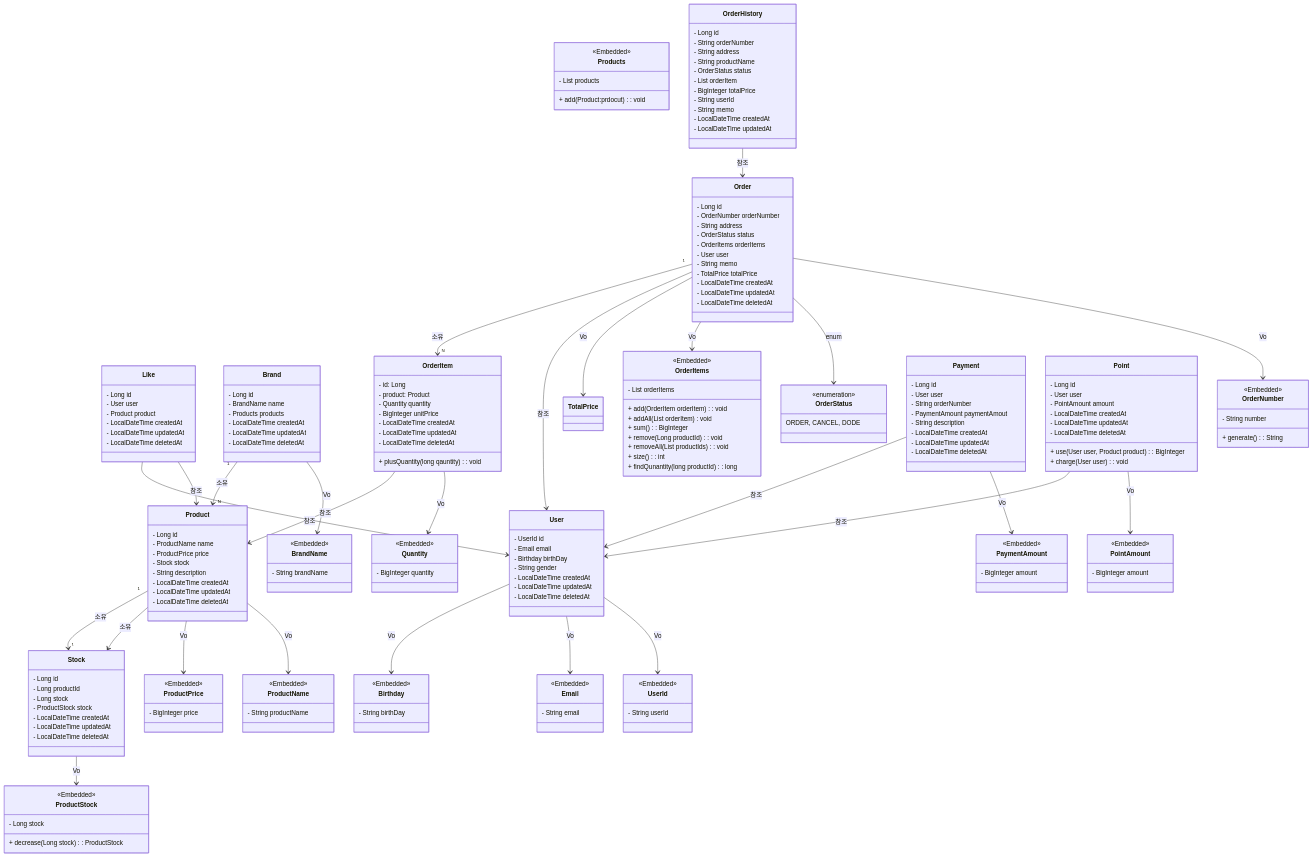
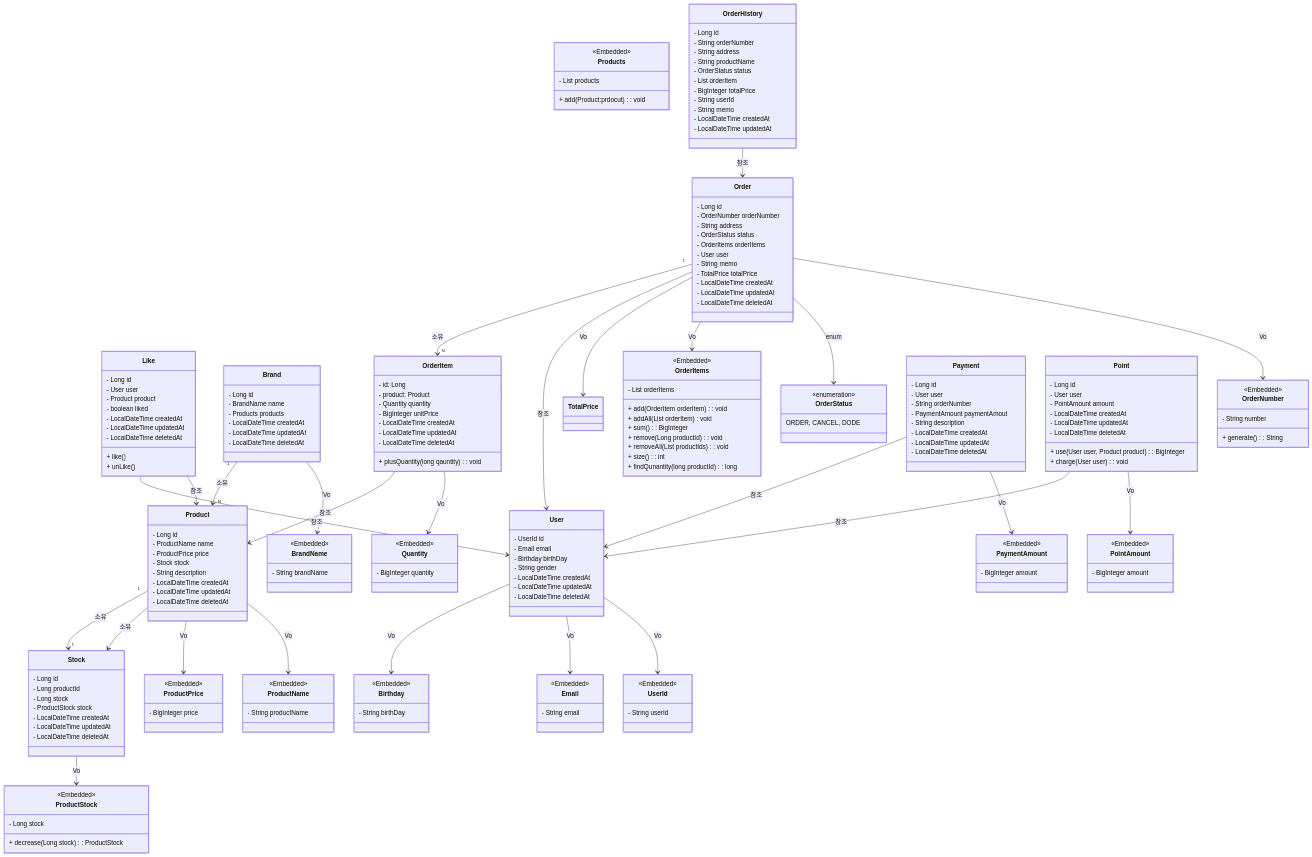
Before and after one commit to Loopers-Team-6/younghun: the diagram in apps/commerce-api/docs/desigin/03-class-diagrams.md, drawn with Mermaid. The commit also changed 1 other file, not shown here.

Commit message:
docs: 좋아요 상태 추가

```diff
--- a/apps/commerce-api/docs/desigin/03-class-diagrams.md
+++ b/apps/commerce-api/docs/desigin/03-class-diagrams.md
@@ -41,9 +41,13 @@
  - Long id
  - User user
  - Product product
+ - boolean liked
  - LocalDateTime createdAt
  - LocalDateTime updatedAt
  - LocalDateTime deletedAt 
+ 
+ + like()
+ + unLike()
 }
 
 
```
